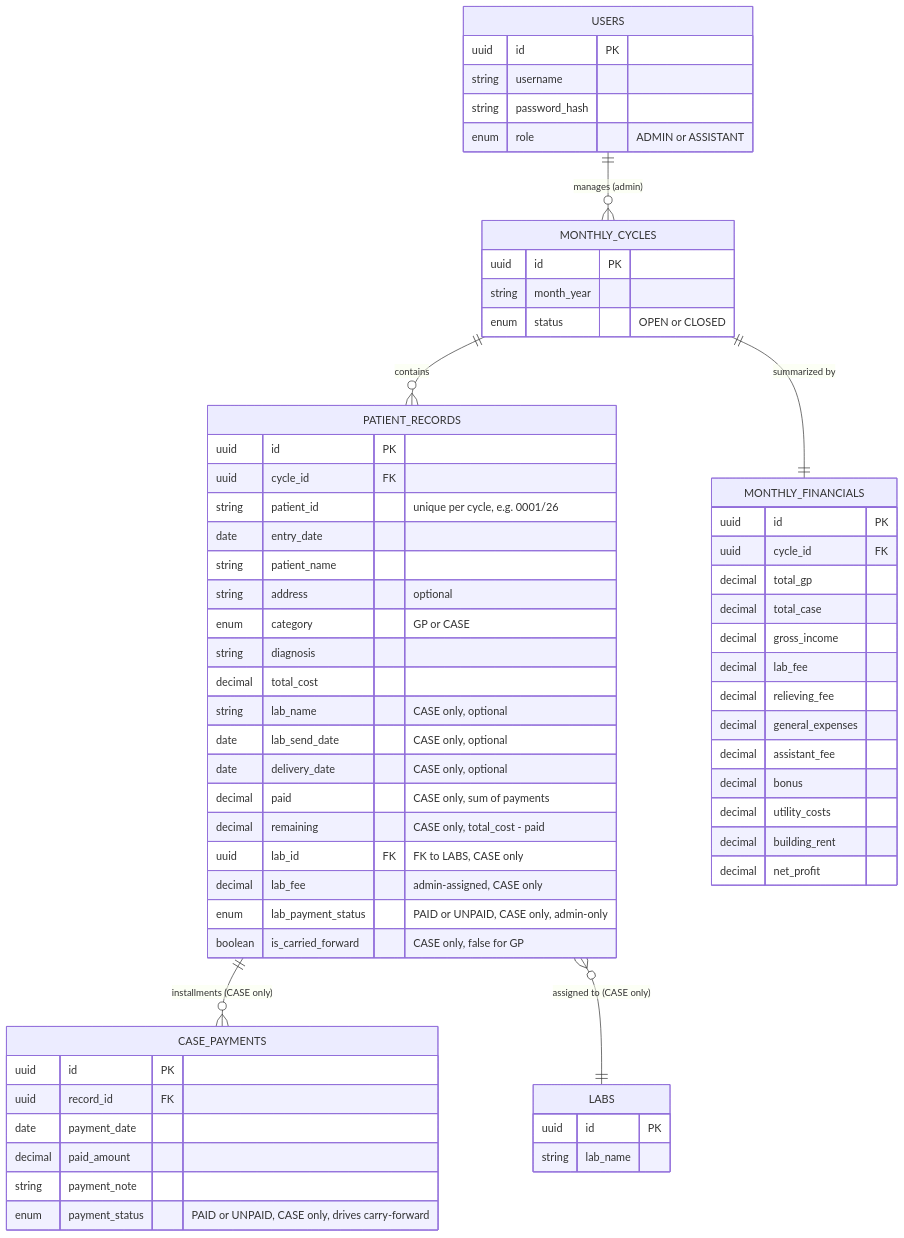
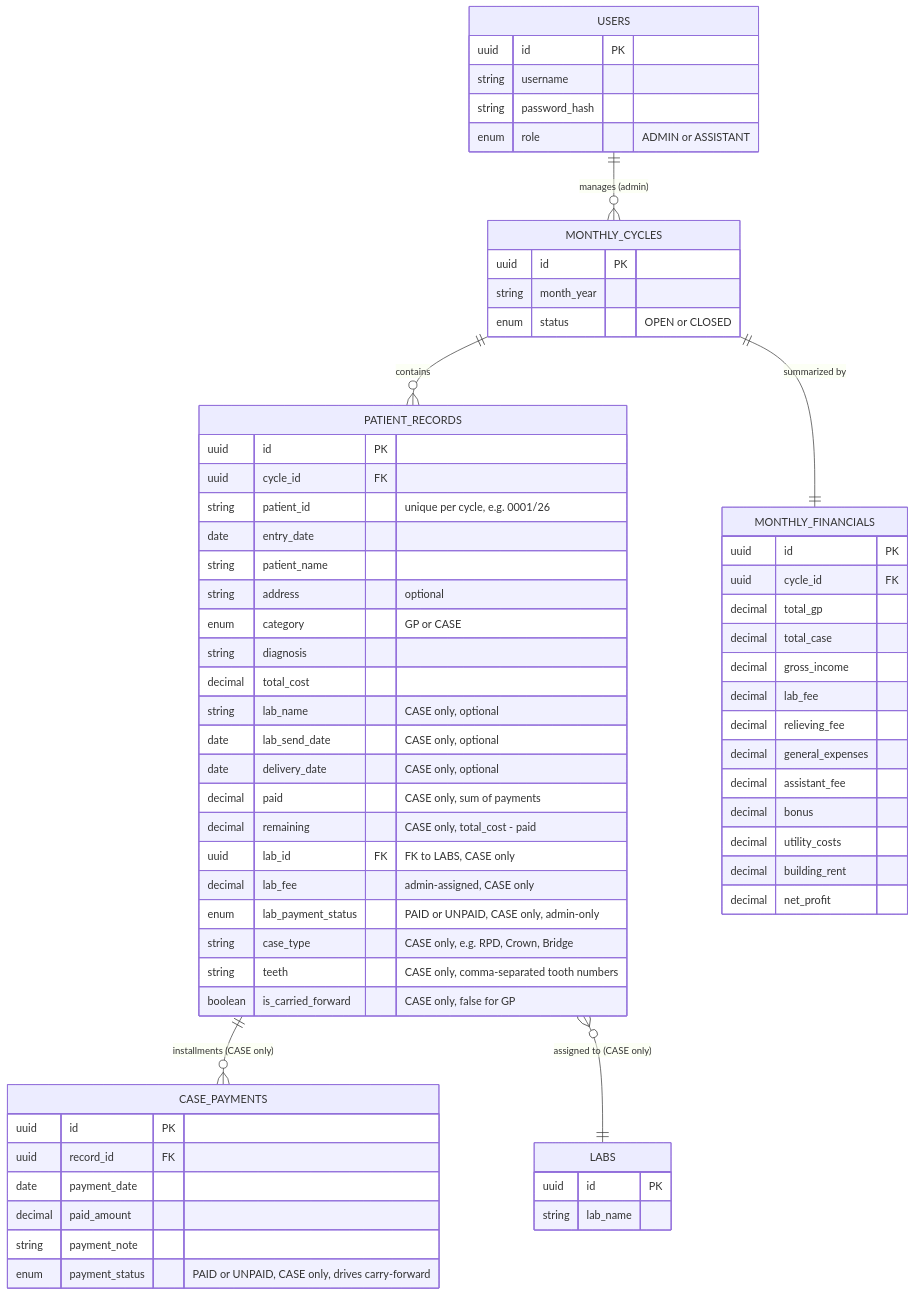
Before and after one commit to kaungmyatshwe1397/df-dashboard: the diagram in docs/dc-fms-erd.mmd, drawn with Mermaid. The commit also changed 4 other files, not shown here.

```diff
--- a/docs/dc-fms-erd.mmd
+++ b/docs/dc-fms-erd.mmd
@@ -1,77 +1,79 @@
 erDiagram
     USERS ||--o{ MONTHLY_CYCLES : "manages (admin)"
     MONTHLY_CYCLES ||--o{ PATIENT_RECORDS : "contains"
     PATIENT_RECORDS ||--o{ CASE_PAYMENTS : "installments (CASE only)"
     PATIENT_RECORDS }o--|| LABS : "assigned to (CASE only)"
     MONTHLY_CYCLES ||--|| MONTHLY_FINANCIALS : "summarized by"
 
     USERS {
         uuid id PK
         string username
         string password_hash
         enum role "ADMIN or ASSISTANT"
     }
 
     MONTHLY_CYCLES {
         uuid id PK
         string month_year
         enum status "OPEN or CLOSED"
     }
 
     LABS {
         uuid id PK
         string lab_name
     }
 
     PATIENT_RECORDS {
         uuid id PK
         uuid cycle_id FK
         string patient_id "unique per cycle, e.g. 0001/26"
         date entry_date
         string patient_name
         string address "optional"
         enum category "GP or CASE"
         string diagnosis
         decimal total_cost
         string lab_name "CASE only, optional"
         date lab_send_date "CASE only, optional"
         date delivery_date "CASE only, optional"
         decimal paid "CASE only, sum of payments"
         decimal remaining "CASE only, total_cost - paid"
         uuid lab_id FK "FK to LABS, CASE only"
         decimal lab_fee "admin-assigned, CASE only"
         enum lab_payment_status "PAID or UNPAID, CASE only, admin-only"
+        string case_type "CASE only, e.g. RPD, Crown, Bridge"
+        string teeth "CASE only, comma-separated tooth numbers"
         boolean is_carried_forward "CASE only, false for GP"
     }
 
     CASE_PAYMENTS {
         uuid id PK
         uuid record_id FK
         date payment_date
         decimal paid_amount
         string payment_note
         enum payment_status "PAID or UNPAID, CASE only, drives carry-forward"
     }
 
     MONTHLY_FINANCIALS {
         uuid id PK
         uuid cycle_id FK
         decimal total_gp
         decimal total_case
         decimal gross_income
         decimal lab_fee
         decimal relieving_fee
         decimal general_expenses
         decimal assistant_fee
         decimal bonus
         decimal utility_costs
         decimal building_rent
         decimal net_profit
     }
 
     %% UI Display Note:
     %% Record table is split into two tabbed views:
     %%   Tab 1: GP Records (entry_date, patient_name, diagnosis, total_cost)
     %%   Tab 2: Case Records (entry_date, patient_name, diagnosis, total_cost, balance, status, carried-forward)
     %% GP has no installments, no balance, no status column.
     %% Case tracks installments via CASE_PAYMENTS, shows balance and status.
```
